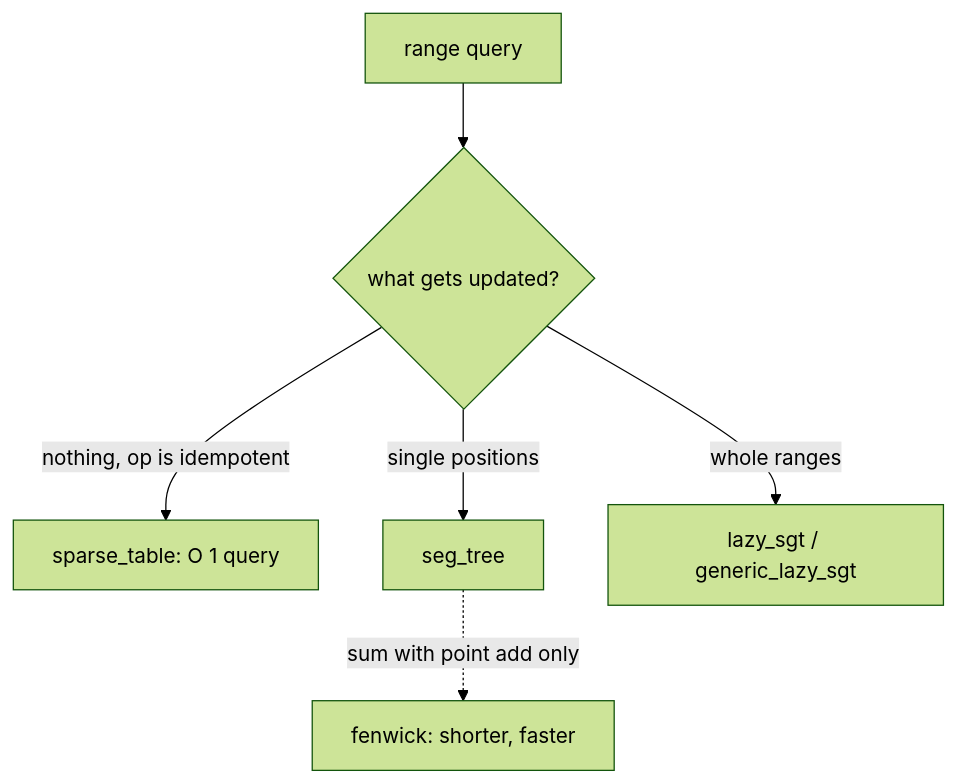
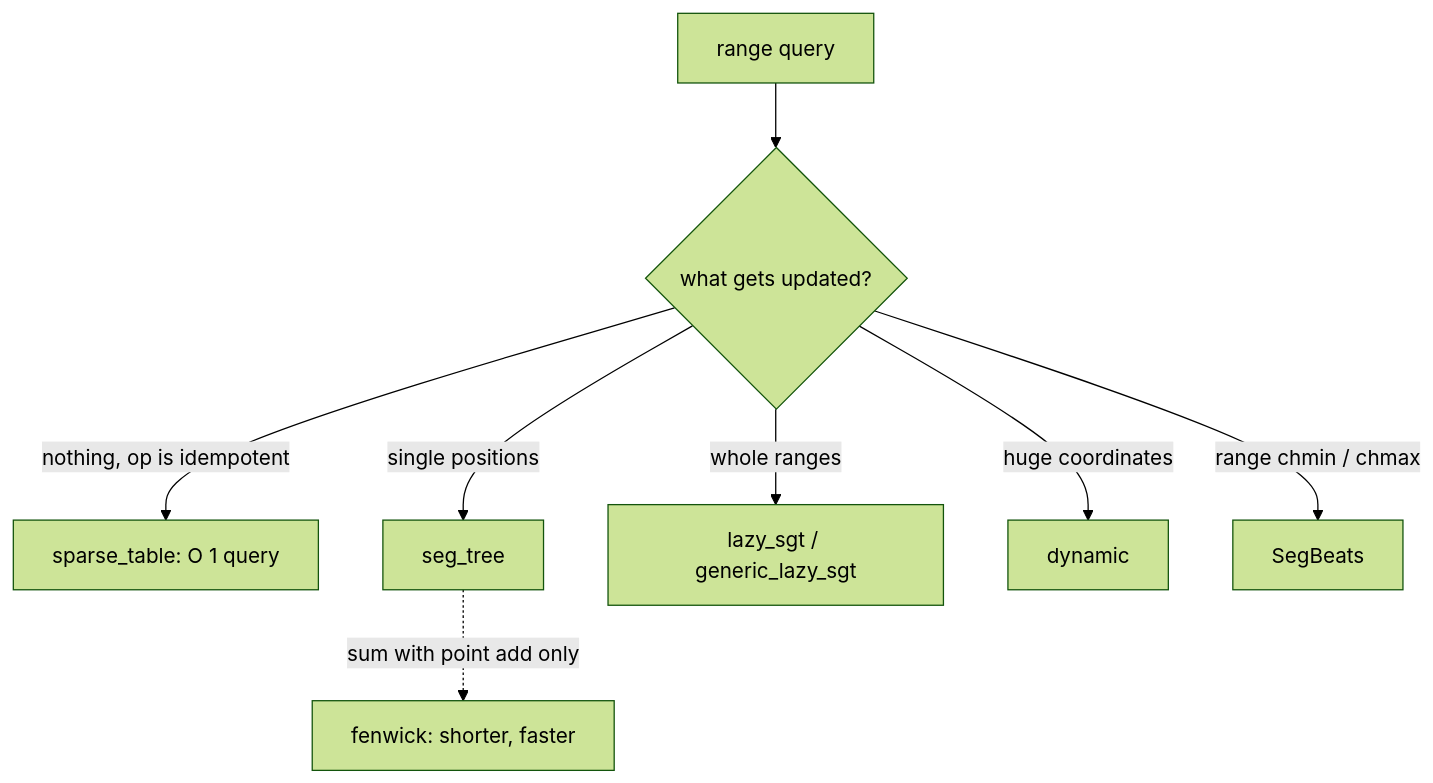
Before and after one commit to Sarthak3204/Sublime-Snippets: the diagram in lib/data_structure/segment_tree/README.md, drawn with Mermaid (forest theme). The commit also changed other lines of this file and 28 other files, not shown here.

````diff
--- a/lib/data_structure/segment_tree/README.md
+++ b/lib/data_structure/segment_tree/README.md
@@ -22,8 +48,10 @@
 ```mermaid
 flowchart TD
   Q[range query] --> U{what gets updated?}
   U -->|nothing, op is idempotent| ST[sparse_table: O 1 query]
   U -->|single positions| S[seg_tree]
   U -->|whole ranges| L[lazy_sgt / generic_lazy_sgt]
+  U -->|huge coordinates| D[dynamic]
+  U -->|range chmin / chmax| B[SegBeats]
   S -.->|sum with point add only| F[fenwick: shorter, faster]
 ```
````
